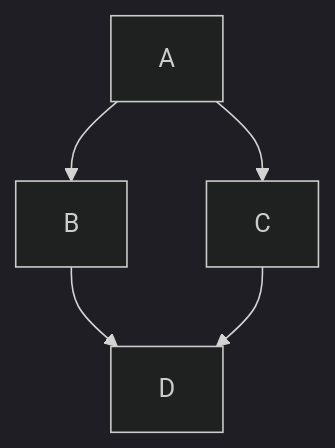
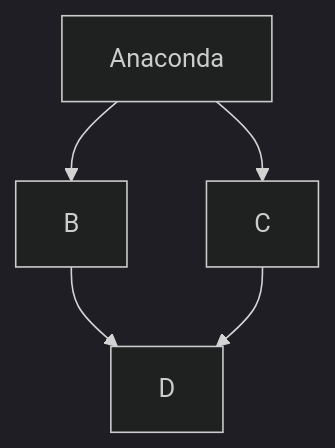
One commit to mgifford/mermaid-graphs changed the diagram in README.md. Above: the diagram before and after it, drawn with Mermaid (dark theme).

````diff
--- a/README.md
+++ b/README.md
@@ -6,7 +6,7 @@
 ```mermaid
 graph TD
-    A-->B;
-    A-->C;
+    Anaconda-->B;
+    Anaconda-->C;
     B-->D;
     C-->D;
 ```
````
